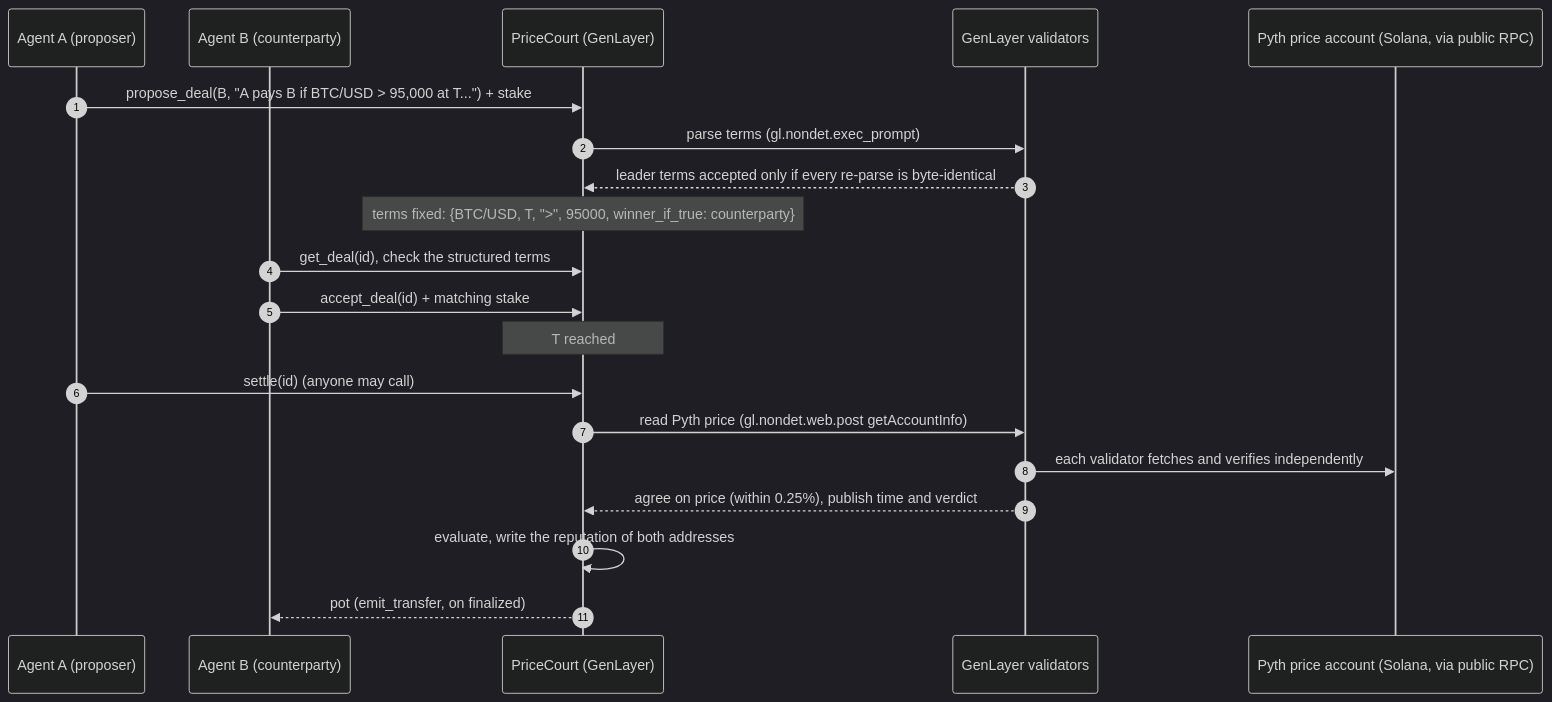
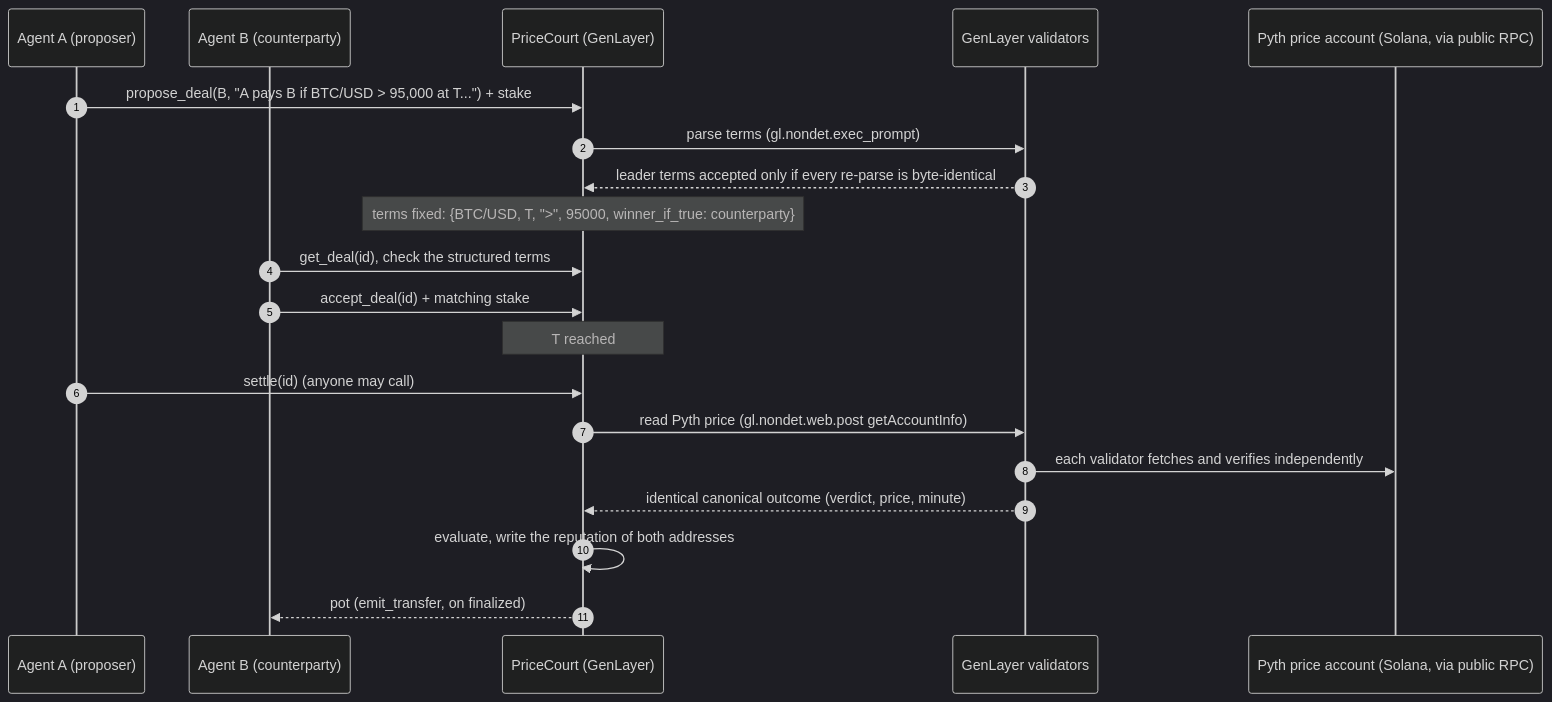
The first of 2 diagrams in README.md (yoyoblair333-wq/price-court), drawn with Mermaid (dark theme) before and after one commit. The commit also changed other lines of this file and 12 other files, not shown here.

````diff
--- a/README.md
+++ b/README.md
@@ -27,23 +29,23 @@
 ```mermaid
 sequenceDiagram
     autonumber
     participant A as Agent A (proposer)
     participant B as Agent B (counterparty)
     participant PC as PriceCourt (GenLayer)
     participant V as GenLayer validators
     participant P as Pyth price account (Solana, via public RPC)
 
     A->>PC: propose_deal(B, "A pays B if BTC/USD > 95,000 at T...") + stake
     PC->>V: parse terms (gl.nondet.exec_prompt)
     V-->>PC: leader terms accepted only if every re-parse is byte-identical
     Note over PC: terms fixed: {BTC/USD, T, ">", 95000, winner_if_true: counterparty}
     B->>PC: get_deal(id), check the structured terms
     B->>PC: accept_deal(id) + matching stake
     Note over PC: T reached
     A->>PC: settle(id) (anyone may call)
     PC->>V: read Pyth price (gl.nondet.web.post getAccountInfo)
     V->>P: each validator fetches and verifies independently
-    V-->>PC: agree on price (within 0.25%), publish time and verdict
+    V-->>PC: identical canonical outcome (verdict, price, minute)
     PC->>PC: evaluate, write the reputation of both addresses
     PC-->>B: pot (emit_transfer, on finalized)
 ```
````
